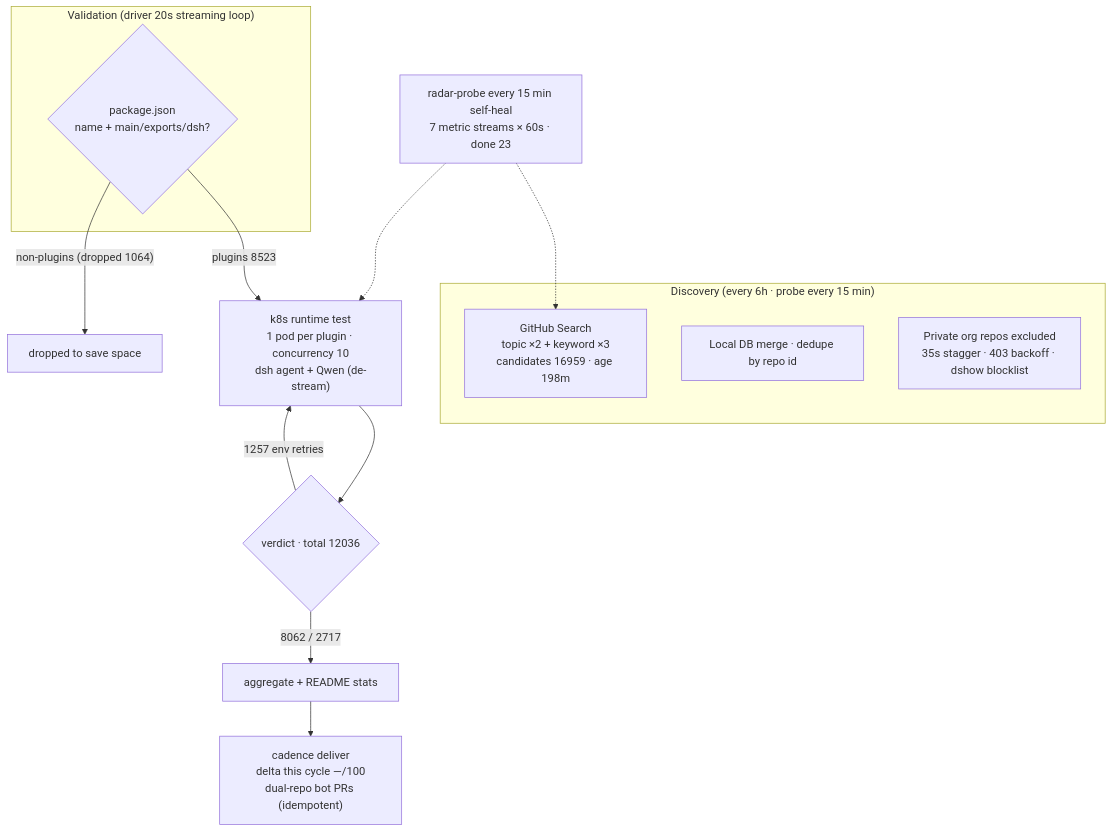
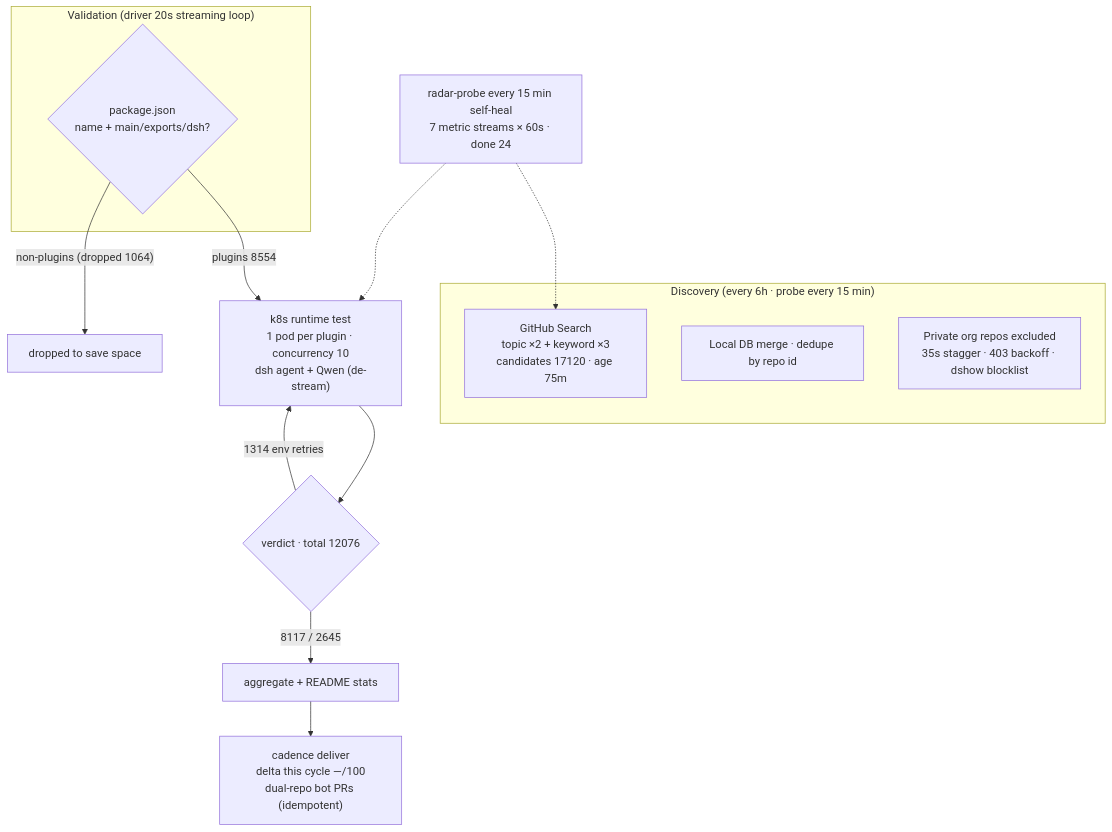
One commit to Zhidao-Lab-OSS/awesome-dsh-plugins changed the diagram in README.en-US.md. Above: the diagram before and after it, drawn with Mermaid. The commit also changed other lines of this file and 1 other file, not shown here.

````diff
--- a/README.en-US.md
+++ b/README.en-US.md
@@ -45,20 +45,20 @@
 ```mermaid
 flowchart TB
     subgraph Discovery["Discovery (every 6h · probe every 15 min)"]
-        A1["GitHub Search<br/>topic ×2 + keyword ×3<br/>candidates 16959 · age 198m"]
+        A1["GitHub Search<br/>topic ×2 + keyword ×3<br/>candidates 17120 · age 75m"]
         A2["Local DB merge · dedupe by repo id"]
         A3["Private org repos excluded<br/>35s stagger · 403 backoff · dshow blocklist"]
     end
     subgraph Validation["Validation (driver 20s streaming loop)"]
         B1{"package.json<br/>name + main/exports/dsh?"}
     end
-    B1 -->|"plugins 8523"| C1["k8s runtime test<br/>1 pod per plugin · concurrency 10<br/>dsh agent + Qwen (de-stream)"]
+    B1 -->|"plugins 8554"| C1["k8s runtime test<br/>1 pod per plugin · concurrency 10<br/>dsh agent + Qwen (de-stream)"]
     B1 -->|"non-plugins (dropped 1064)"| B3["dropped to save space"]
-    C1 --> D1{"verdict · total 12036"}
-    D1 -->|"8062 / 2717"| E1["aggregate + README stats"]
-    D1 -->|"1257 env retries"| C1
+    C1 --> D1{"verdict · total 12076"}
+    D1 -->|"8117 / 2645"| E1["aggregate + README stats"]
+    D1 -->|"1314 env retries"| C1
     E1 --> E2["cadence deliver<br/>delta this cycle —/100<br/>dual-repo bot PRs (idempotent)"]
-    M["radar-probe every 15 min self-heal<br/>7 metric streams × 60s · done 23"]
+    M["radar-probe every 15 min self-heal<br/>7 metric streams × 60s · done 24"]
     M -.-> A1
     M -.-> C1
 ```
````
